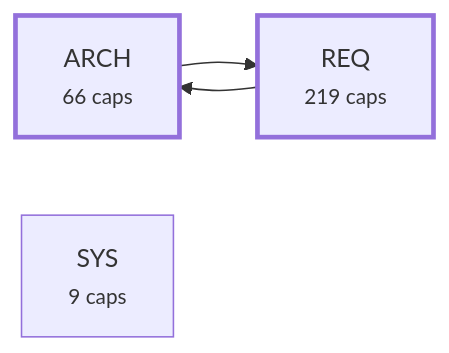
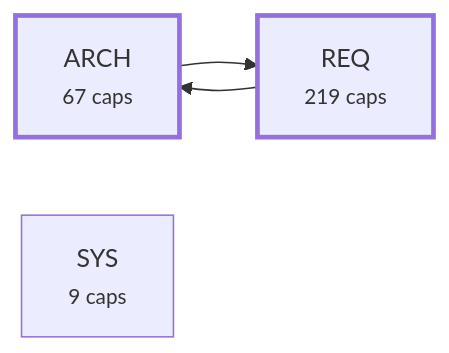
The third of 4 diagrams in plugin/requirements/_map.md (alxmax/Requirement-manager), drawn with Mermaid before and after one commit. The commit also changed other lines of this file and 20 other files, not shown here.

````diff
--- a/plugin/requirements/_map.md
+++ b/plugin/requirements/_map.md
@@ -1030,10 +1036,10 @@
 ```mermaid
 graph LR
-  a_ARCH["ARCH<br><small>66 caps</small>"]
+  a_ARCH["ARCH<br><small>67 caps</small>"]
   a_REQ["REQ<br><small>219 caps</small>"]
   a_SYS["SYS<br><small>9 caps</small>"]
   a_ARCH --> a_REQ
   a_REQ --> a_ARCH
   style a_ARCH stroke-width:3px
   style a_REQ stroke-width:3px
 ```
````
